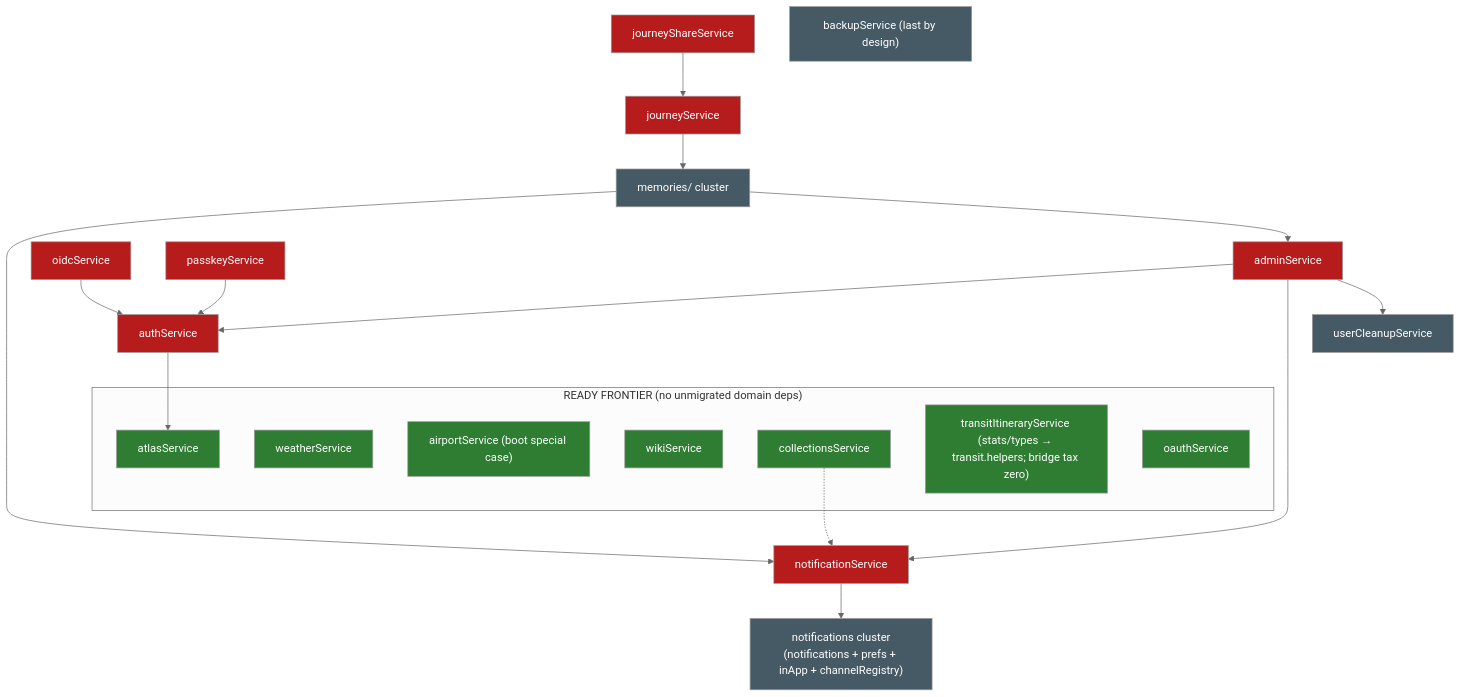
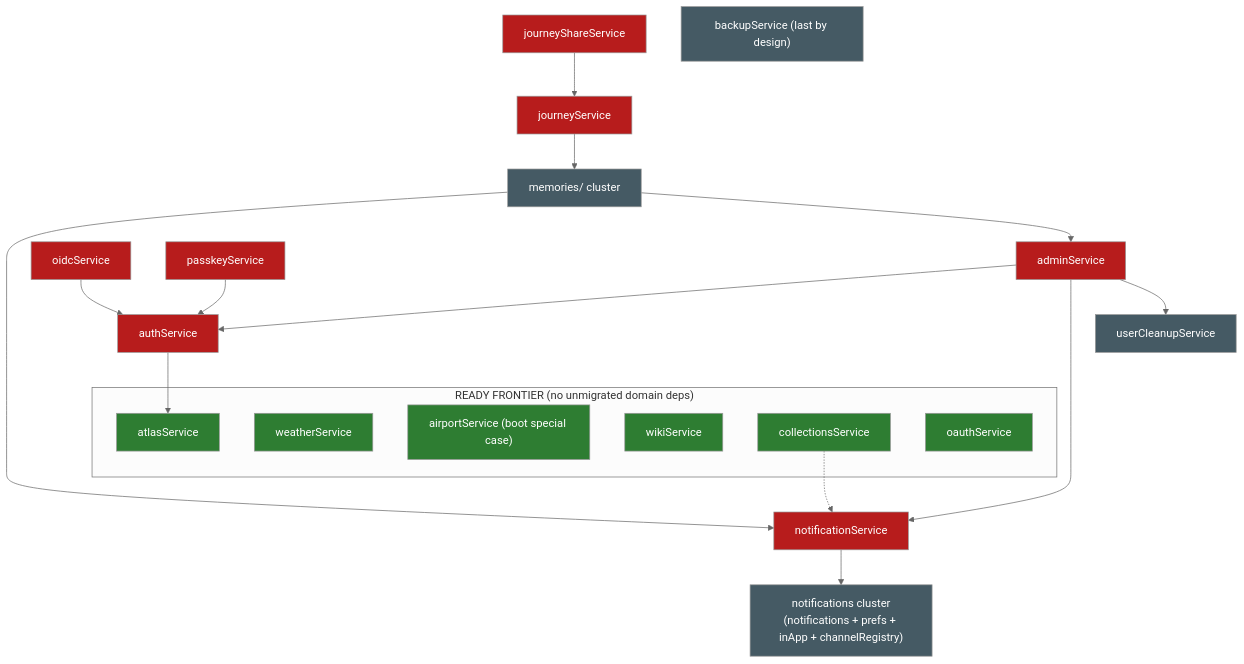
Before and after one commit to BeInLife/TREK: the diagram in migration-graph.md, drawn with Mermaid (neutral theme). The commit also changed other lines of this file and 7 other files, not shown here.

Commit message:
chore: move transitItineraryService into nest/transit as pure helpers

````diff
--- a/migration-graph.md
+++ b/migration-graph.md
@@ -133,39 +152,38 @@
 ```mermaid
 flowchart TD
   classDef ready fill:#2e7d32,color:#fff
   classDef blocked fill:#b71c1c,color:#fff
   classDef hub fill:#e65100,color:#fff
   classDef infra fill:#455a64,color:#fff
 
   subgraph frontier["READY FRONTIER (no unmigrated domain deps)"]
     atlas[atlasService]:::ready
     weather[weatherService]:::ready
     airport["airportService (boot special case)"]:::ready
     wiki[wikiService]:::ready
     collections[collectionsService]:::ready
-    transitItin["transitItineraryService (stats/types → transit.helpers; bridge tax zero)"]:::ready
     oauth[oauthService]:::ready
   end
 
   notifSvc[notificationService]:::blocked
   admin[adminService]:::blocked
   auth[authService]:::blocked
   oidc[oidcService]:::blocked
   passkey[passkeyService]:::blocked
   journey[journeyService]:::blocked
   journeyShare[journeyShareService]:::blocked
   backup["backupService (last by design)"]:::infra
   notifCluster["notifications cluster<br/>(notifications + prefs + inApp + channelRegistry)"]:::infra
   memories["memories/ cluster"]:::infra
   cleanup[userCleanupService]:::infra
 
   collections -.-> notifSvc
   notifSvc --> notifCluster
   admin --> auth & notifSvc & cleanup
   auth --> atlas
   oidc --> auth
   passkey --> auth
   journey --> memories
   journeyShare --> journey
   memories --> notifSvc & admin
 ```
````
